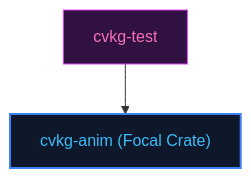
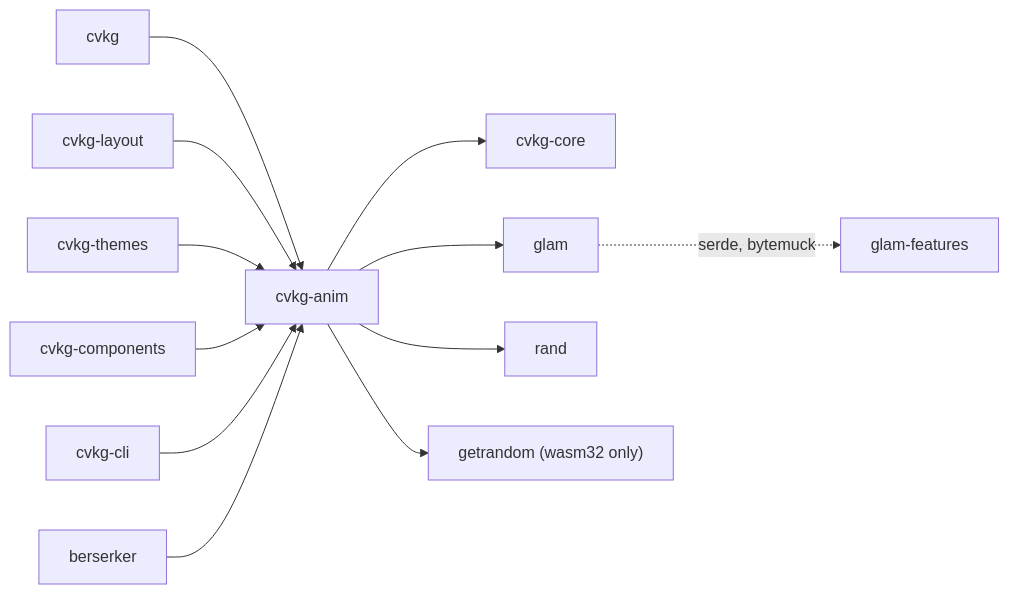
Before and after one commit to sydonayrex/cvkg: the diagram in cvkg-anim/README.md, drawn with Mermaid. The commit also changed other lines of this file and 465 other files, not shown here.

````diff
--- a/cvkg-anim/README.md
+++ b/cvkg-anim/README.md
@@ -11,10 +13,16 @@
 ```mermaid
-graph TD
-    cvkg-anim["cvkg-anim (Focal Crate)"]
-    cvkg-test["cvkg-test"]
-    cvkg-test --> cvkg-anim
-    classDef focal fill:#0f172a,stroke:#3b82f6,color:#38bdf8,stroke-width:2px
-    classDef sibling fill:#311042,stroke:#d946ef,color:#f472b6,stroke-width:1px
-    class cvkg-anim focal
-    class cvkg-test sibling
+graph LR
+    cvkg-anim --> cvkg-core
+    cvkg-anim --> glam
+    cvkg-anim --> rand
+    cvkg-anim --> getrandom["getrandom (wasm32 only)"]
+
+    cvkg --> cvkg-anim
+    cvkg-layout --> cvkg-anim
+    cvkg-themes --> cvkg-anim
+    cvkg-components --> cvkg-anim
+    cvkg-cli --> cvkg-anim
+    berserker --> cvkg-anim
+
+    glam -.->|serde, bytemuck| glam-features
 ```
````
